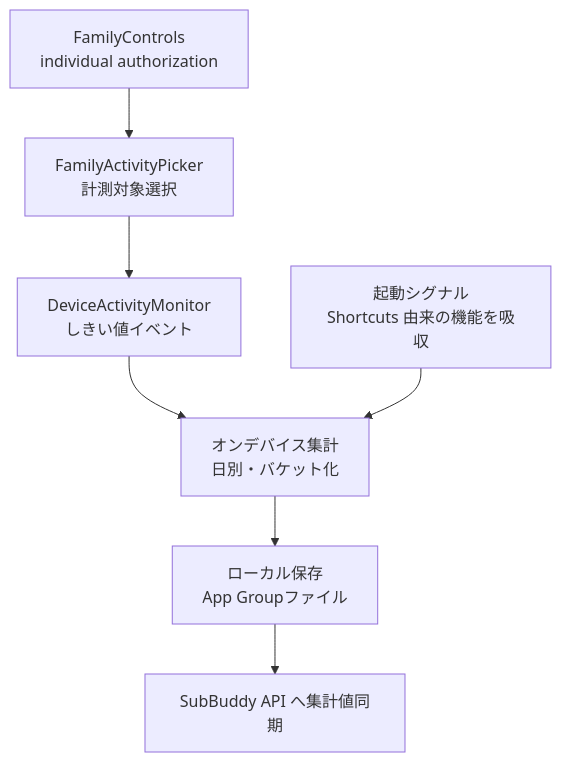
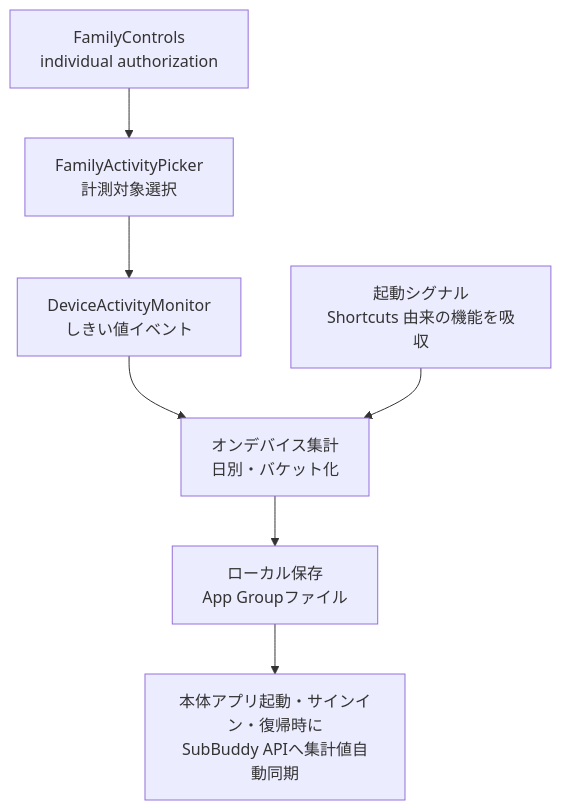
One commit to Shintaro-Abe/SubBuddy changed the seventh of 7 diagrams in docs/functional-design.md. Above: the diagram before and after it, drawn with Mermaid. The commit also changed other lines of this file and 24 other files, not shown here.

````diff
--- a/docs/functional-design.md
+++ b/docs/functional-design.md
@@ -714,13 +720,13 @@
 ```mermaid
 flowchart TB
   Auth[FamilyControls<br/>individual authorization]
   Pick[FamilyActivityPicker<br/>計測対象選択]
   Mon[DeviceActivityMonitor<br/>しきい値イベント]
   Launch[起動シグナル<br/>Shortcuts 由来の機能を吸収]
   Agg[オンデバイス集計<br/>日別・バケット化]
   Store[ローカル保存<br/>App Groupファイル]
-  Sync[SubBuddy API へ集計値同期]
+  Sync[本体アプリ起動・サインイン・復帰時に<br/>SubBuddy APIへ集計値自動同期]
 
   Auth --> Pick --> Mon --> Agg --> Store --> Sync
   Launch --> Agg
 ```
````
